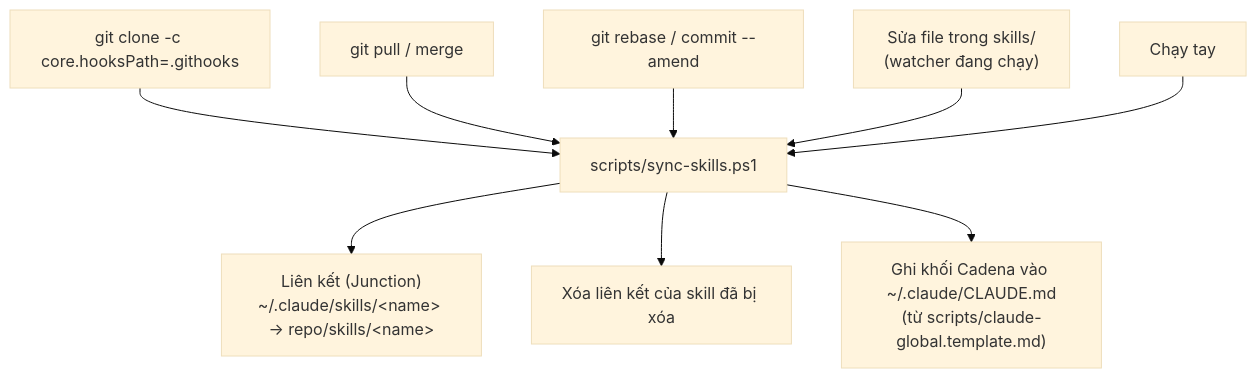
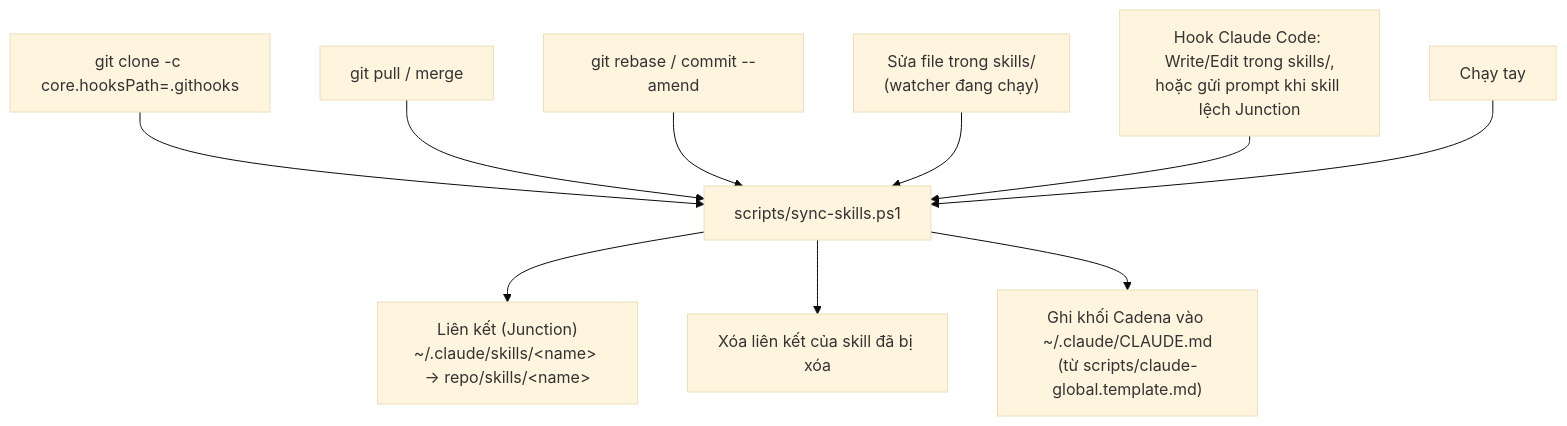
The fifth of 5 diagrams in docs/execution-flow.md (phthuan/Cadena.AI-Engineering), drawn with Mermaid (base theme) before and after one commit. The commit also changed other lines of this file and 79 other files, not shown here.

````diff
--- a/docs/execution-flow.md
+++ b/docs/execution-flow.md
@@ -252,11 +252,12 @@
 ```mermaid
 flowchart TD
     T0["git clone -c core.hooksPath=.githooks"] --> S
     T1["git pull / merge"] --> S
     T2["git rebase / commit --amend"] --> S
     T3["Sửa file trong skills/<br/>(watcher đang chạy)"] --> S
+    T5["Hook Claude Code: Write/Edit trong skills/,<br/>hoặc gửi prompt khi skill lệch Junction"] --> S
     T4["Chạy tay"] --> S
     S["scripts/sync-skills.ps1"] --> J["Liên kết (Junction)<br/>~/.claude/skills/&lt;name&gt; → repo/skills/&lt;name&gt;"]
     S --> X["Xóa liên kết của skill đã bị xóa"]
     S --> C["Ghi khối Cadena vào ~/.claude/CLAUDE.md<br/>(từ scripts/claude-global.template.md)"]
 ```
````
